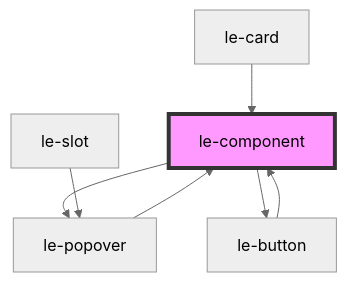
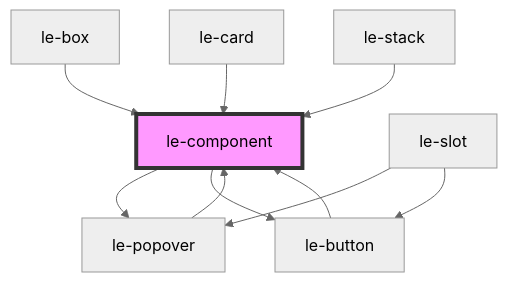
Before and after one commit to leechy/le-kit: the diagram in src/components/le-component/readme.md, drawn with Mermaid (neutral theme). The commit also changed other lines of this file and 17 other files, not shown here.

First line of the commit message:
feat(le-stack, le-box): add flexbox layout components

````diff
--- a/src/components/le-component/readme.md
+++ b/src/components/le-component/readme.md
@@ -62,10 +65,13 @@
 ```mermaid
 graph TD;
   le-component --> le-popover
   le-component --> le-button
   le-popover --> le-component
+  le-button --> le-component
   le-slot --> le-popover
-  le-button --> le-component
+  le-slot --> le-button
+  le-box --> le-component
   le-card --> le-component
+  le-stack --> le-component
   style le-component fill:#f9f,stroke:#333,stroke-width:4px
 ```
````
